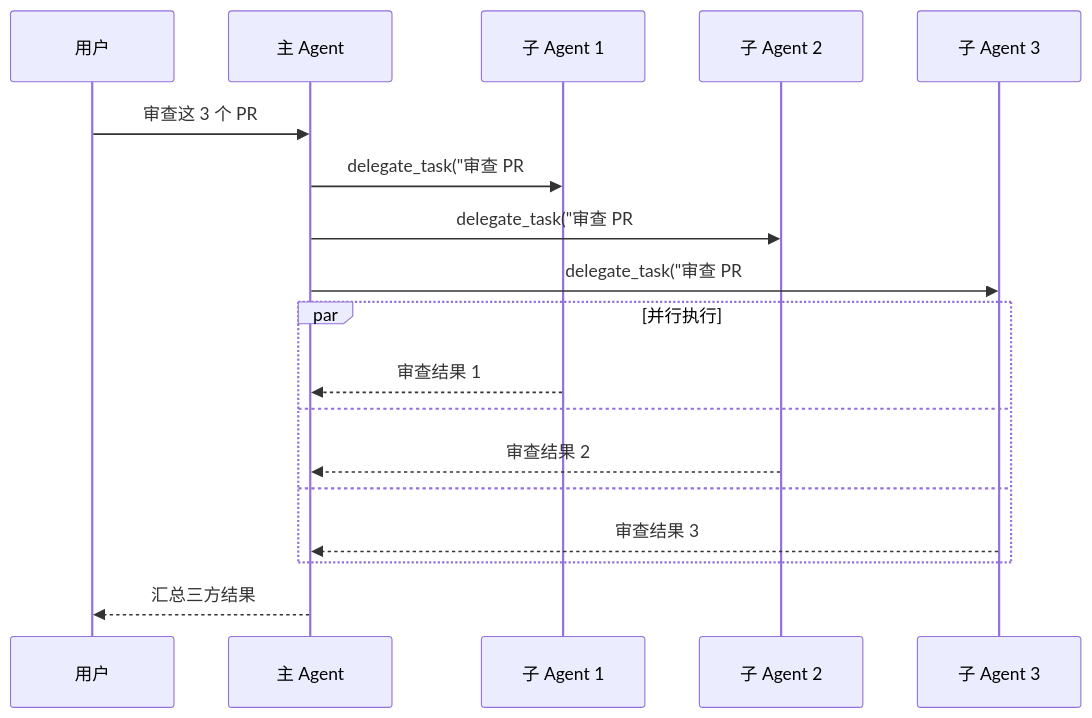
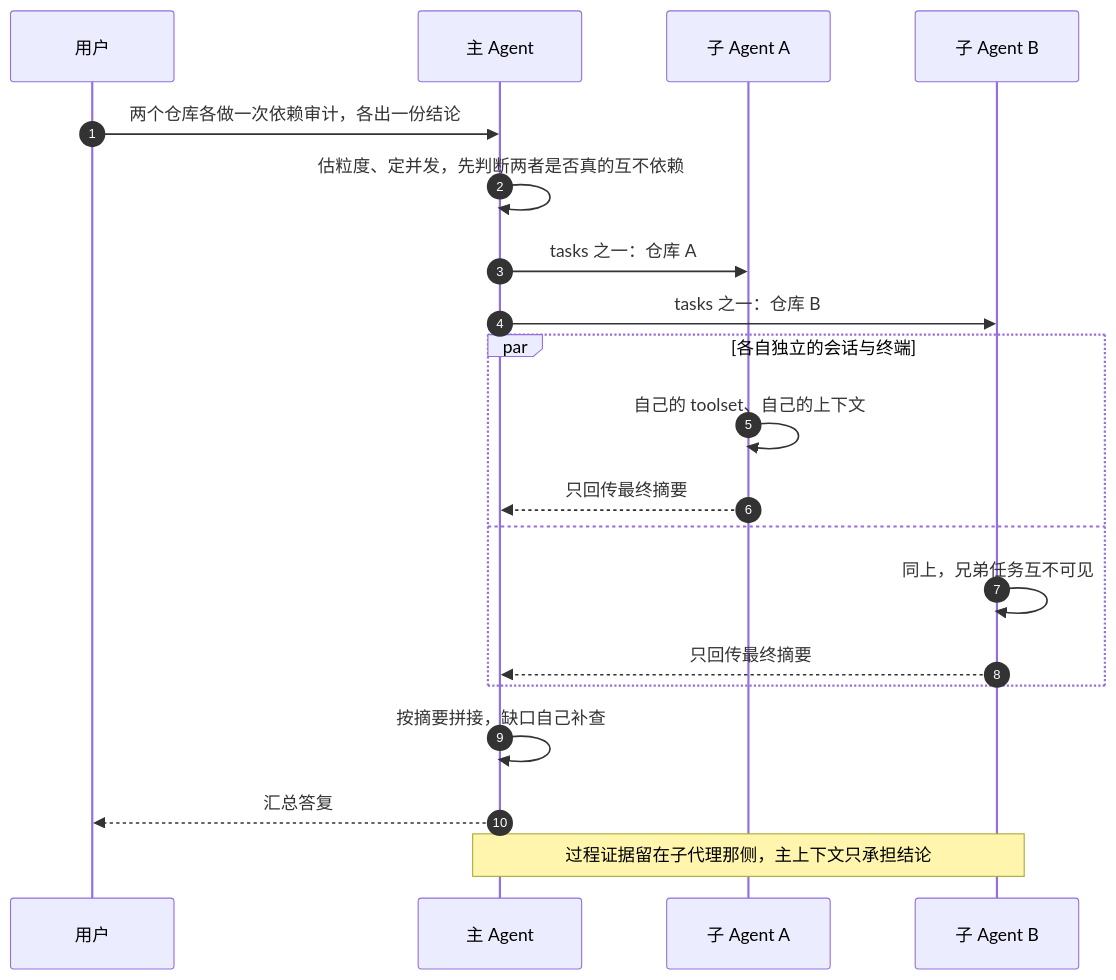
The third of 5 diagrams in content/LLM/Hermes-Agent/09 工具系统——70+ 工具与 28 工具集.md (hpliStartAgain/my-brain), drawn with Mermaid before and after one commit. The commit also changed other lines of this file and 259 other files, not shown here.

````diff
--- a/content/LLM/Hermes-Agent/09 工具系统——70+ 工具与 28 工具集.md
+++ b/content/LLM/Hermes-Agent/09 工具系统——70+ 工具与 28 工具集.md
@@ -319,22 +348,24 @@
 ```mermaid
 %%{init: {'theme': 'dracula'}}%%
 sequenceDiagram
+    autonumber
     participant U as 用户
     participant M as 主 Agent
-    participant S1 as 子 Agent 1
-    participant S2 as 子 Agent 2
-    participant S3 as 子 Agent 3
+    participant S1 as 子 Agent A
+    participant S2 as 子 Agent B
 
-    U->>M: 审查这 3 个 PR
-    M->>S1: delegate_task("审查 PR #123")
-    M->>S2: delegate_task("审查 PR #456")
-    M->>S3: delegate_task("审查 PR #789")
-    par 并行执行
-        S1-->>M: 审查结果 1
+    U->>M: 两个仓库各做一次依赖审计，各出一份结论
+    M->>M: 估粒度、定并发，先判断两者是否真的互不依赖
+    M->>S1: tasks 之一：仓库 A
+    M->>S2: tasks 之一：仓库 B
+    par 各自独立的会话与终端
+        S1->>S1: 自己的 toolset、自己的上下文
+        S1-->>M: 只回传最终摘要
     and
-        S2-->>M: 审查结果 2
-    and
-        S3-->>M: 审查结果 3
+        S2->>S2: 同上，兄弟任务互不可见
+        S2-->>M: 只回传最终摘要
     end
-    M-->>U: 汇总三方结果
+    M->>M: 按摘要拼接，缺口自己补查
+    M-->>U: 汇总答复
+    Note over M,S2: 过程证据留在子代理那侧，主上下文只承担结论
 ```
````
